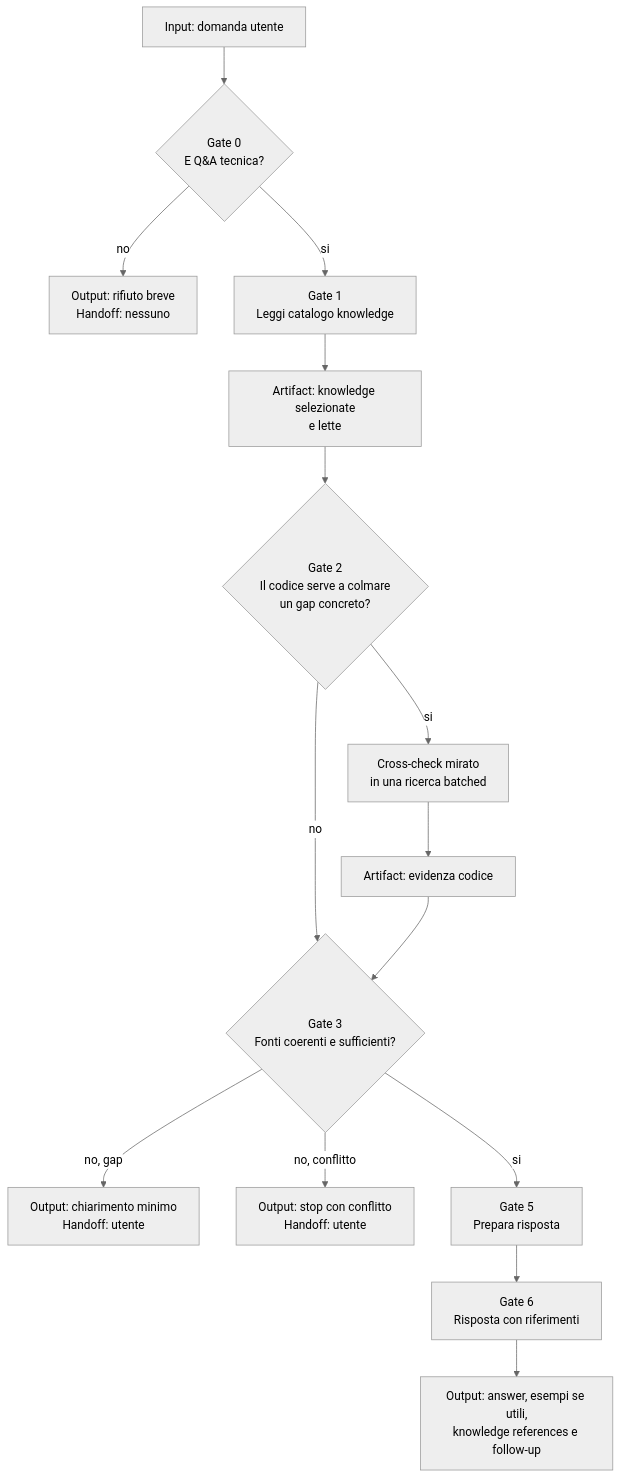
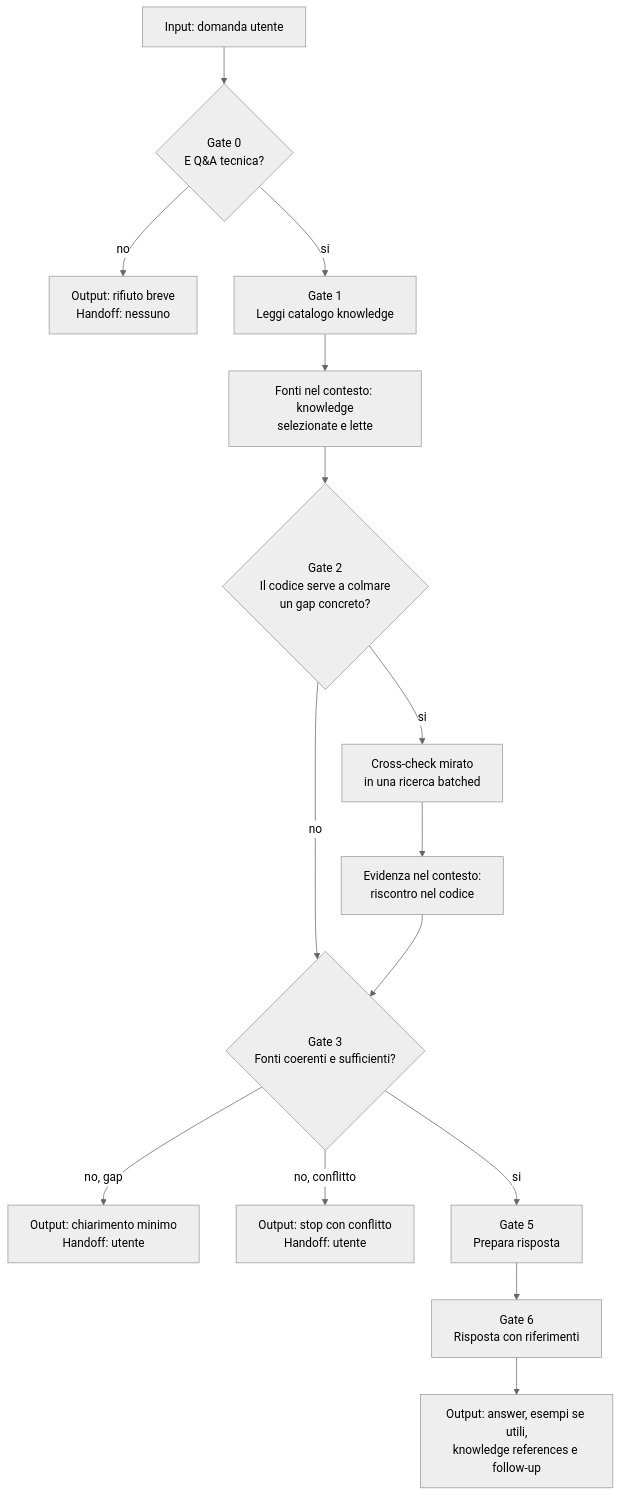
Before and after one commit to violabg/agentic-system-lessons: the diagram in role-maps/agents/ask.md, drawn with Mermaid (neutral theme). The commit also changed 39 other files, not shown here.

````diff
--- a/role-maps/agents/ask.md
+++ b/role-maps/agents/ask.md
@@ -15,17 +15,17 @@
 ```mermaid
 flowchart TD
     Request[Input: domanda utente] --> G0{Gate 0<br/>E Q&A tecnica?}
     G0 -->|no| Decline[Output: rifiuto breve<br/>Handoff: nessuno]
     G0 -->|si| G1[Gate 1<br/>Leggi catalogo knowledge]
-    G1 --> KArtifact[Artifact: knowledge selezionate<br/>e lette]
-    KArtifact --> G2{Gate 2<br/>Il codice serve a colmare<br/>un gap concreto?}
+    G1 --> KContext[Fonti nel contesto: knowledge<br/>selezionate e lette]
+    KContext --> G2{Gate 2<br/>Il codice serve a colmare<br/>un gap concreto?}
     G2 -->|si| Search[Cross-check mirato<br/>in una ricerca batched]
-    Search --> Evidence[Artifact: evidenza codice]
+    Search --> Evidence[Evidenza nel contesto:<br/>riscontro nel codice]
     G2 -->|no| G3
     Evidence --> G3{Gate 3<br/>Fonti coerenti e sufficienti?}
     G3 -->|no, gap| Clarify[Output: chiarimento minimo<br/>Handoff: utente]
     G3 -->|no, conflitto| Stop[Output: stop con conflitto<br/>Handoff: utente]
     G3 -->|si| G5[Gate 5<br/>Prepara risposta]
     G5 --> G6[Gate 6<br/>Risposta con riferimenti]
     G6 --> Answer[Output: answer, esempi se utili,<br/>knowledge references e follow-up]
 ```
````
